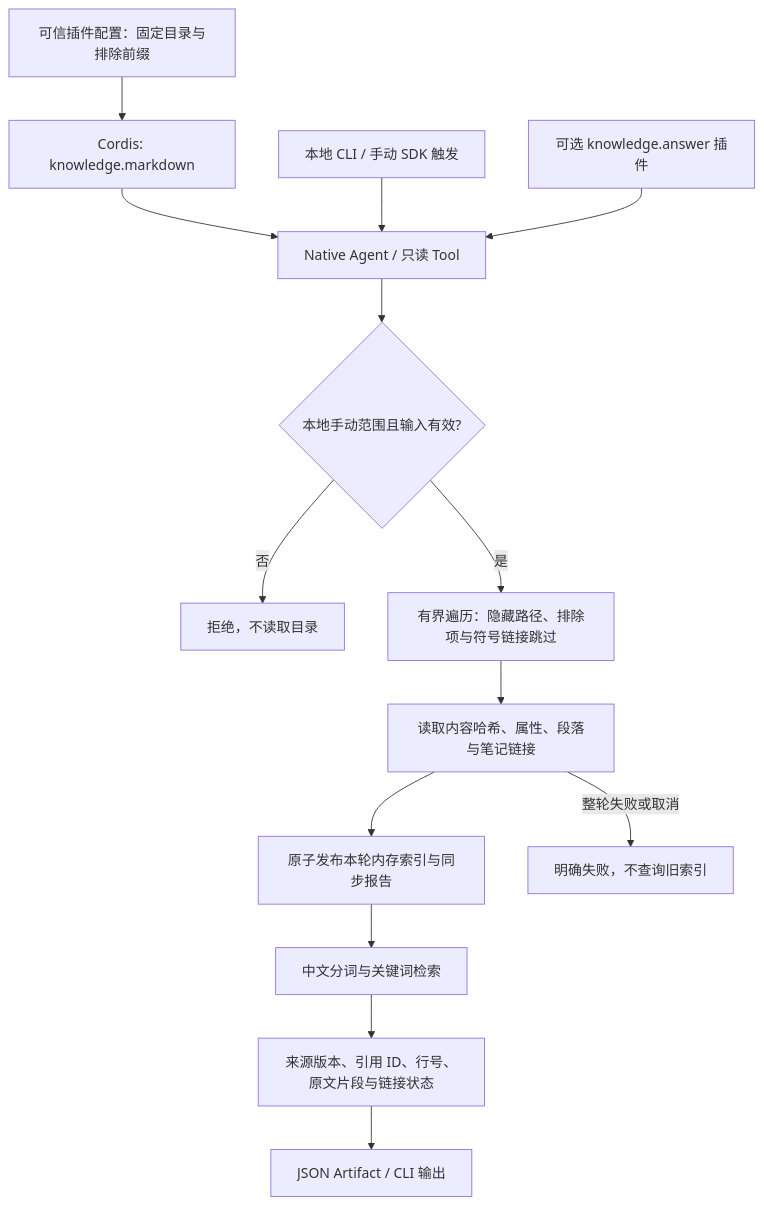
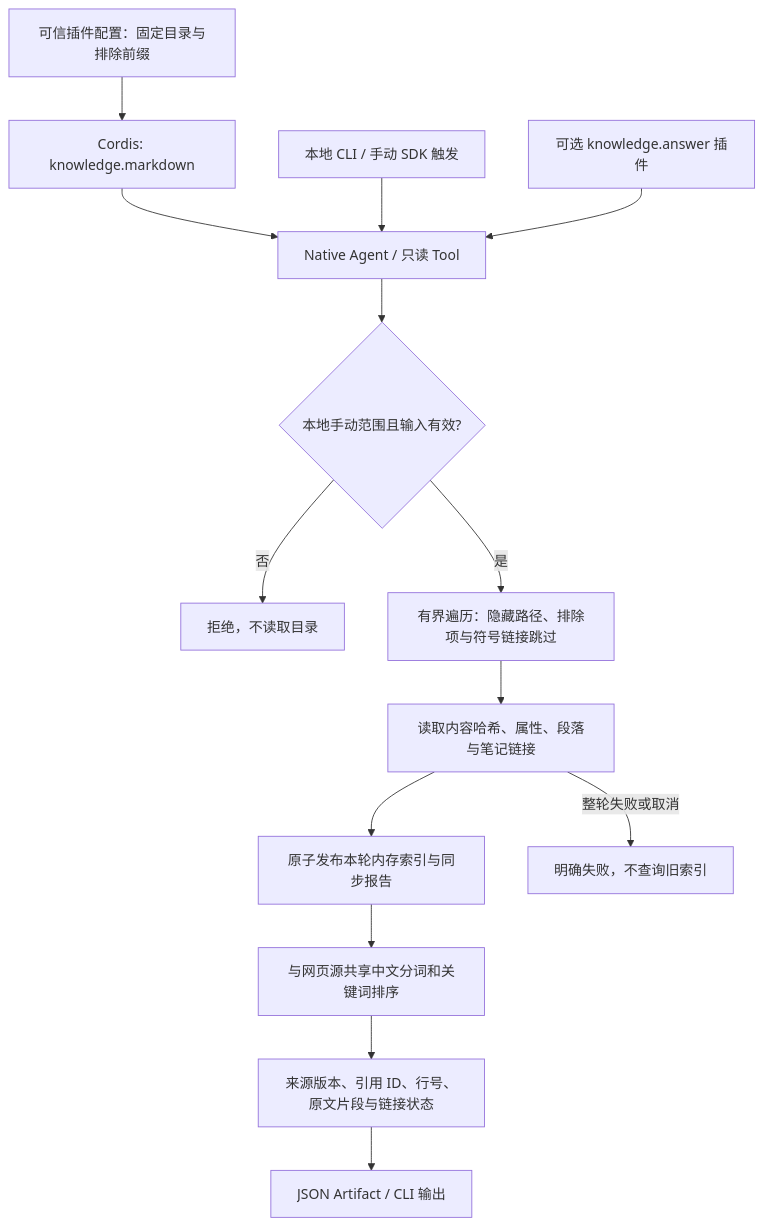
Before and after one commit to KlayPeter/AI-Delivery-Ops-Agent: the diagram in backend/src/knowledge/markdown/FEATURE.md, drawn with Mermaid. The commit also changed other lines of this file and 23 other files, not shown here.

````diff
--- a/backend/src/knowledge/markdown/FEATURE.md
+++ b/backend/src/knowledge/markdown/FEATURE.md
@@ -22,16 +22,16 @@
 ```mermaid
 flowchart TD
     C[可信插件配置：固定目录与排除前缀] --> P[Cordis: knowledge.markdown]
     P --> N[Native Agent / 只读 Tool]
     CLI[本地 CLI / 手动 SDK 触发] --> N
     RAG[可选 knowledge.answer 插件] --> N
     N --> S{本地手动范围且输入有效?}
     S -- 否 --> X[拒绝，不读取目录]
     S -- 是 --> W[有界遍历：隐藏路径、排除项与符号链接跳过]
     W --> V[读取内容哈希、属性、段落与笔记链接]
     V --> I[原子发布本轮内存索引与同步报告]
     V -- 整轮失败或取消 --> F[明确失败，不查询旧索引]
-    I --> Q[中文分词与关键词检索]
+    I --> Q[与网页源共享中文分词和关键词排序]
     Q --> E[来源版本、引用 ID、行号、原文片段与链接状态]
     E --> A[JSON Artifact / CLI 输出]
 ```
````
